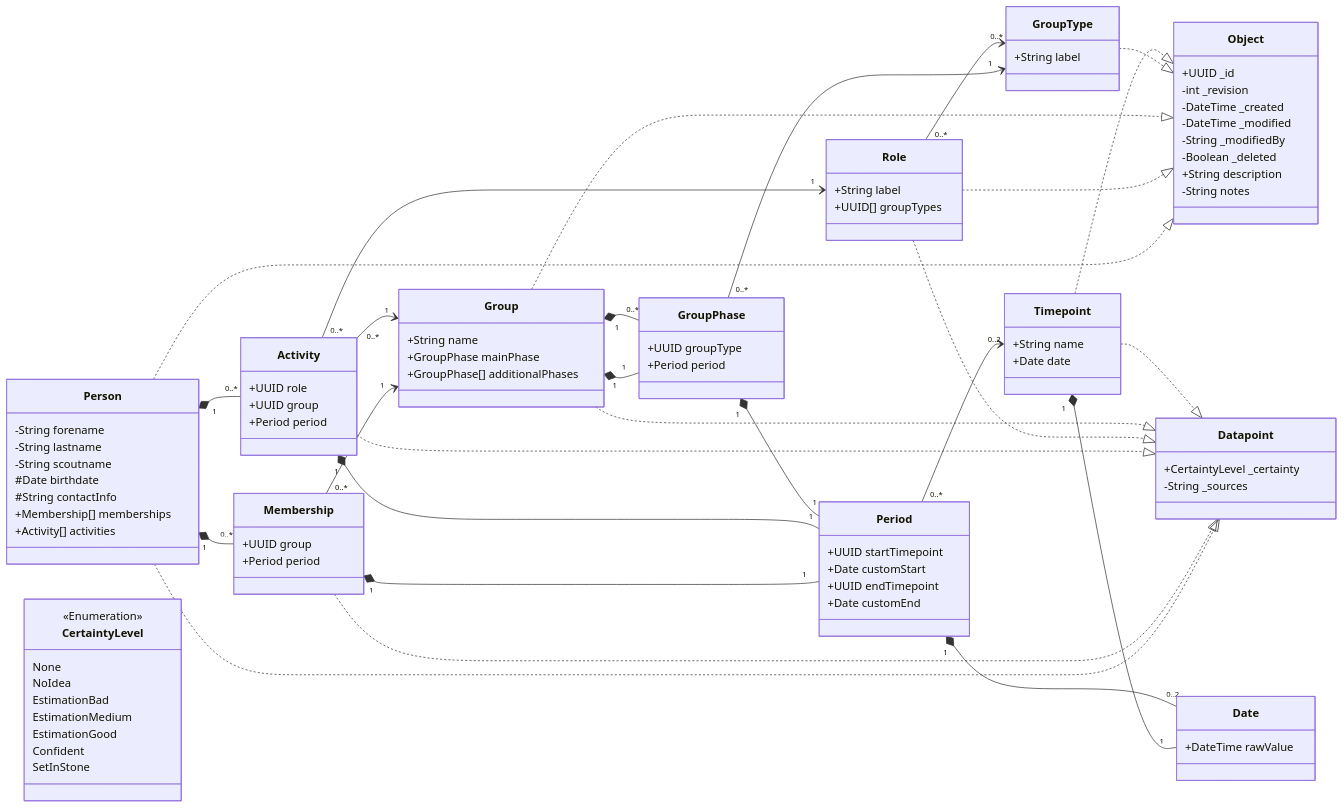
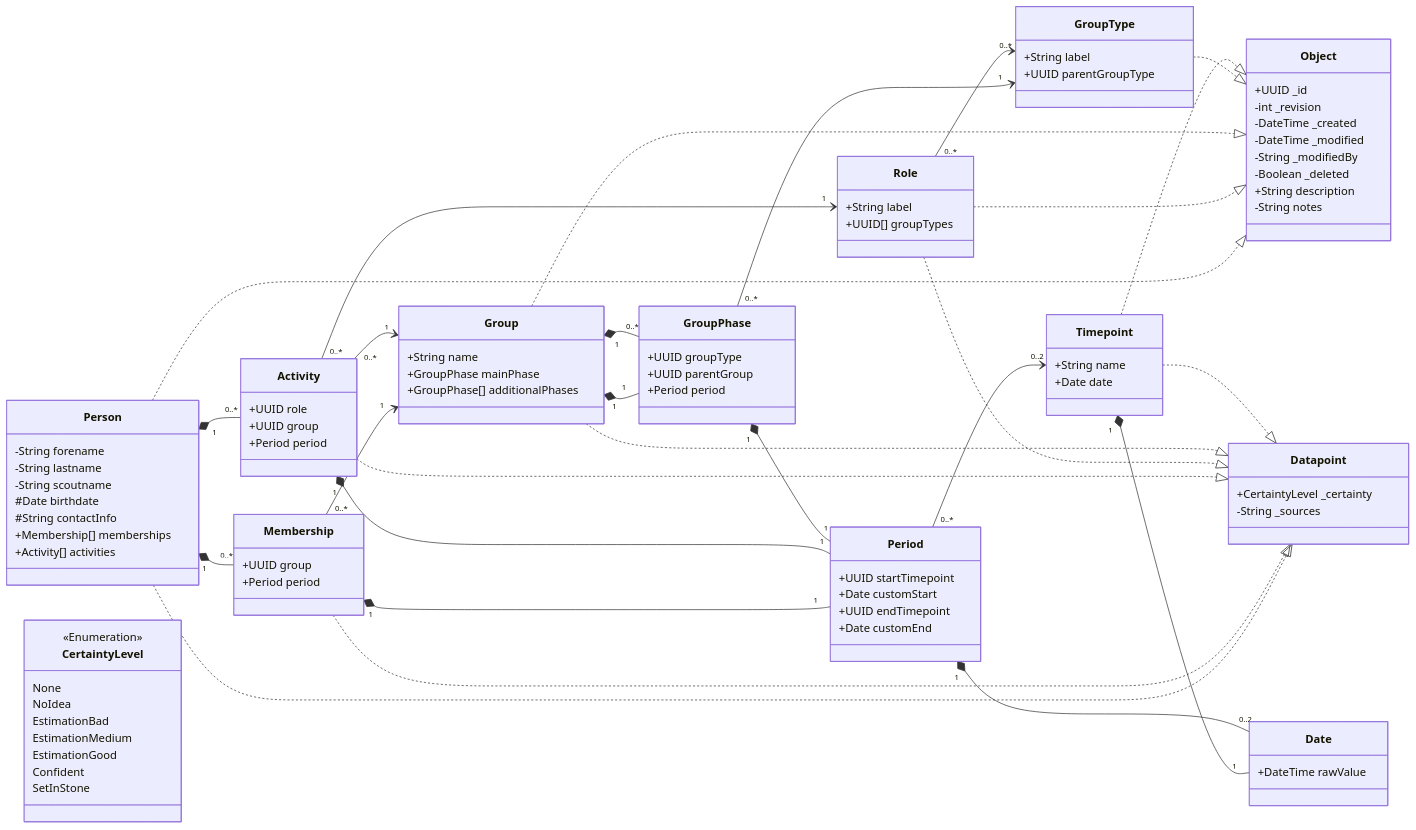
The diagram in README.md (jrichter42/StammbaumDerVaganten), drawn with Mermaid before and after one commit. The commit also changed 3 other files, not shown here.

```diff
--- a/README.md
+++ b/README.md
@@ -120,11 +120,13 @@
 
 class GroupPhase {
   +UUID groupType
+  +UUID parentGroup
   +Period period
 }
 
 class GroupType {
   +String label
+  +UUID parentGroupType
 }
 GroupType ..|> Object
 
```
